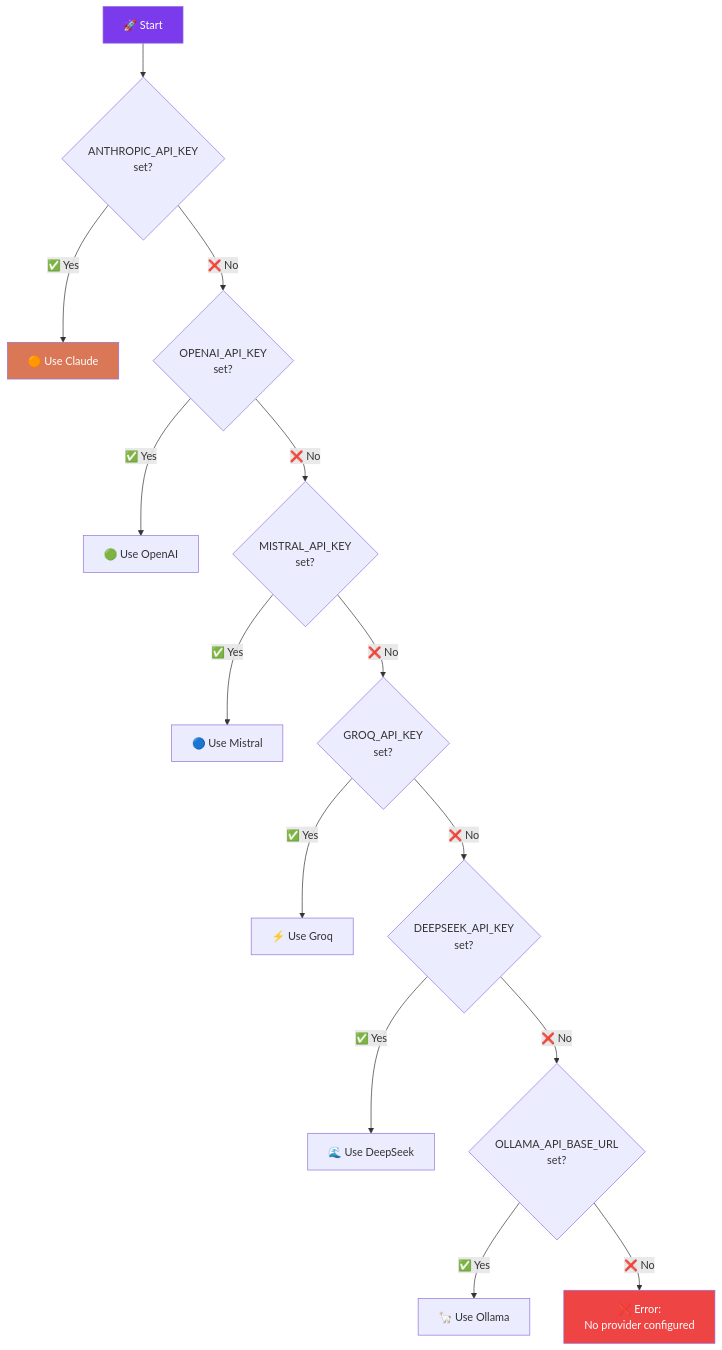
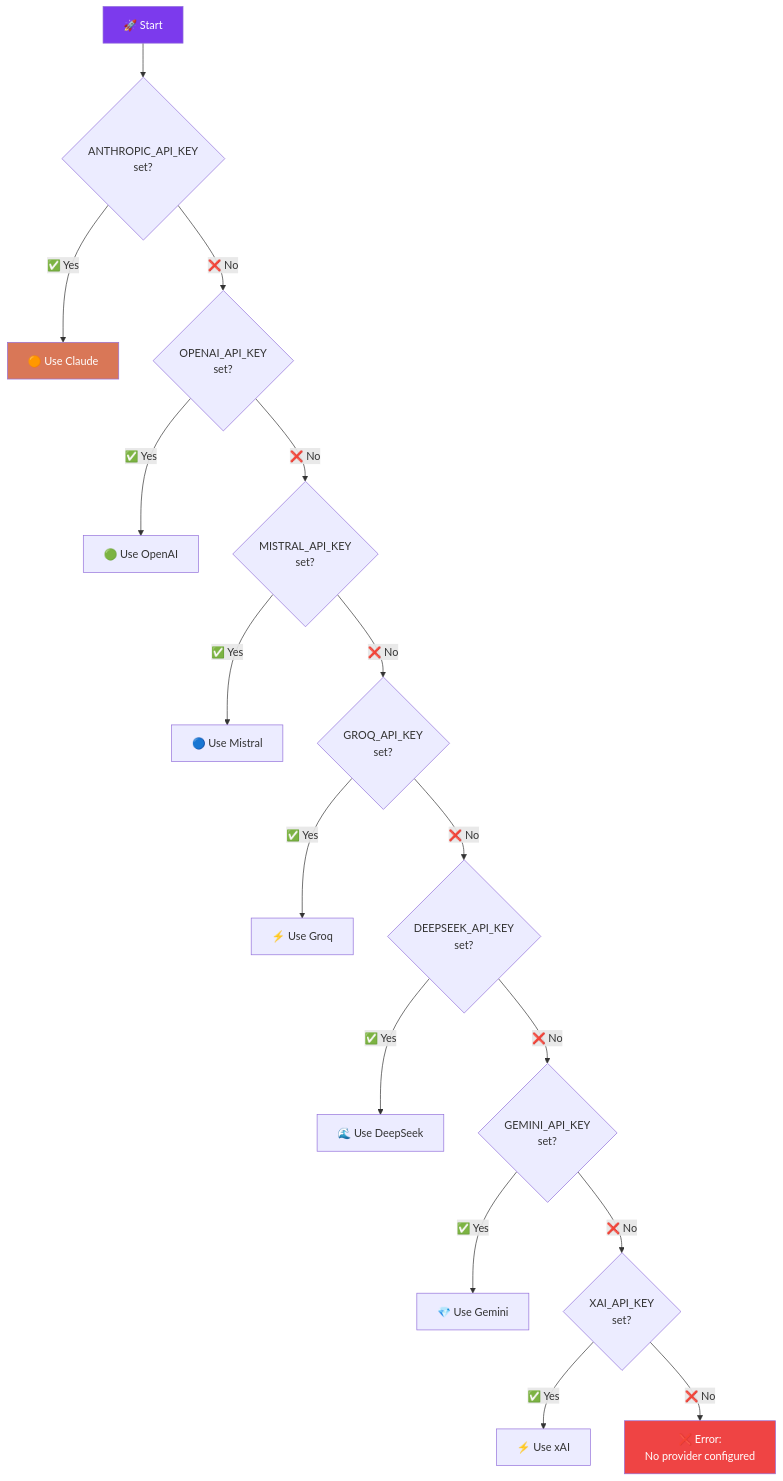
The tenth of 13 diagrams in README.md (supernovae-st/nika), drawn with Mermaid before and after one commit. The commit also changed other lines of this file, not shown here.

````diff
--- a/README.md
+++ b/README.md
@@ -1154,26 +1164,29 @@
 ```mermaid
 flowchart TD
     Start["🚀 Start"] --> C1{"ANTHROPIC_API_KEY<br/>set?"}
 
     C1 -->|"✅ Yes"| Claude["🟠 Use Claude"]
     C1 -->|"❌ No"| C2{"OPENAI_API_KEY<br/>set?"}
 
     C2 -->|"✅ Yes"| OpenAI["🟢 Use OpenAI"]
     C2 -->|"❌ No"| C3{"MISTRAL_API_KEY<br/>set?"}
 
     C3 -->|"✅ Yes"| Mistral["🔵 Use Mistral"]
     C3 -->|"❌ No"| C4{"GROQ_API_KEY<br/>set?"}
 
     C4 -->|"✅ Yes"| Groq["⚡ Use Groq"]
     C4 -->|"❌ No"| C5{"DEEPSEEK_API_KEY<br/>set?"}
 
     C5 -->|"✅ Yes"| DeepSeek["🌊 Use DeepSeek"]
-    C5 -->|"❌ No"| C6{"OLLAMA_API_BASE_URL<br/>set?"}
+    C5 -->|"❌ No"| C6{"GEMINI_API_KEY<br/>set?"}
 
-    C6 -->|"✅ Yes"| Ollama["🦙 Use Ollama"]
-    C6 -->|"❌ No"| Error["❌ Error:<br/>No provider configured"]
+    C6 -->|"✅ Yes"| Gemini["💎 Use Gemini"]
+    C6 -->|"❌ No"| C7{"XAI_API_KEY<br/>set?"}
+
+    C7 -->|"✅ Yes"| XAi["⚡ Use xAI"]
+    C7 -->|"❌ No"| Error["❌ Error:<br/>No provider configured"]
 
     style Claude fill:#d97757,color:#fff
     style Error fill:#ef4444,color:#fff
     style Start fill:#7c3aed,color:#fff
 ```
````
